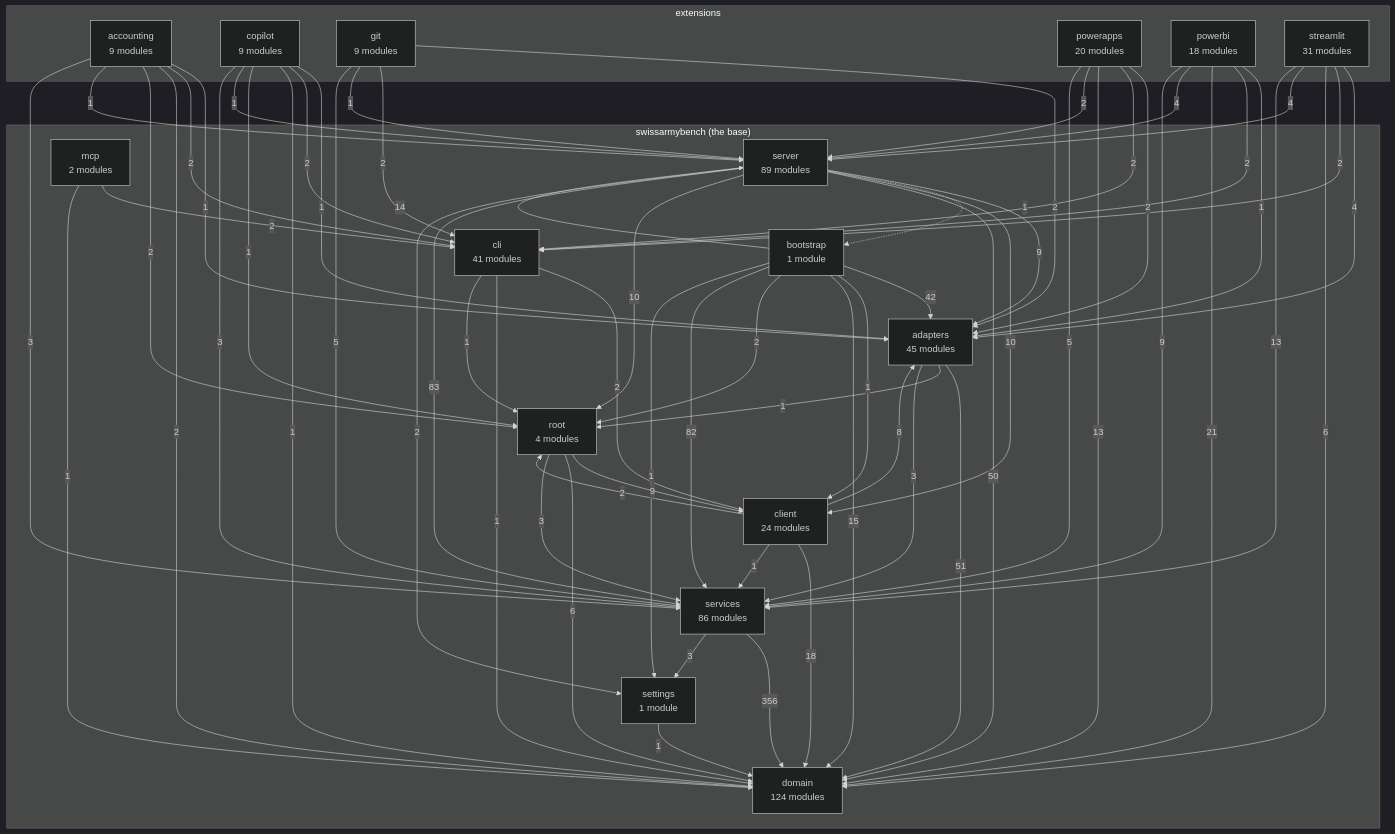
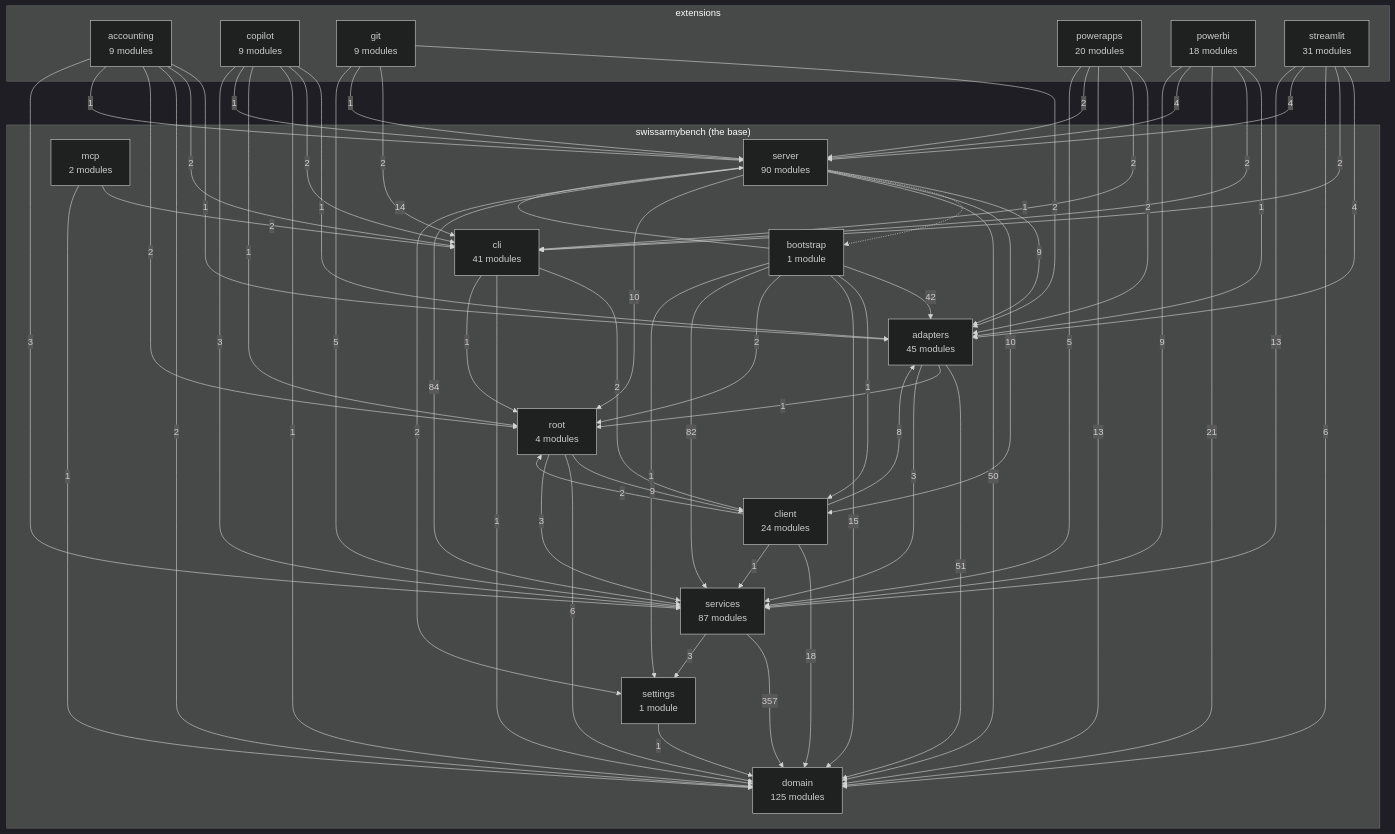
Before and after one commit to DylanCodyBrown/SwissArmyBench: the diagram in docs/architecture-map.md, drawn with Mermaid (dark theme). The commit also changed other lines of this file and 34 other files, not shown here.

````diff
--- a/docs/architecture-map.md
+++ b/docs/architecture-map.md
@@ -17,14 +17,14 @@
 ```mermaid
 flowchart TB
     subgraph base["swissarmybench (the base)"]
-        domain["domain<br/>124 modules"]
+        domain["domain<br/>125 modules"]
         settings["settings<br/>1 module"]
-        services["services<br/>86 modules"]
+        services["services<br/>87 modules"]
         adapters["adapters<br/>45 modules"]
         cli["cli<br/>41 modules"]
         client["client<br/>24 modules"]
         root["root<br/>4 modules"]
-        server["server<br/>89 modules"]
+        server["server<br/>90 modules"]
         bootstrap["bootstrap<br/>1 module"]
         mcp["mcp<br/>2 modules"]
     end
@@ -94,9 +94,9 @@
     server -->|10| client
     server -->|50| domain
     server -->|10| root
-    server -->|83| services
+    server -->|84| services
     server -->|2| settings
-    services -->|356| domain
+    services -->|357| domain
     services -->|3| settings
     settings -->|1| domain
 ```
````
